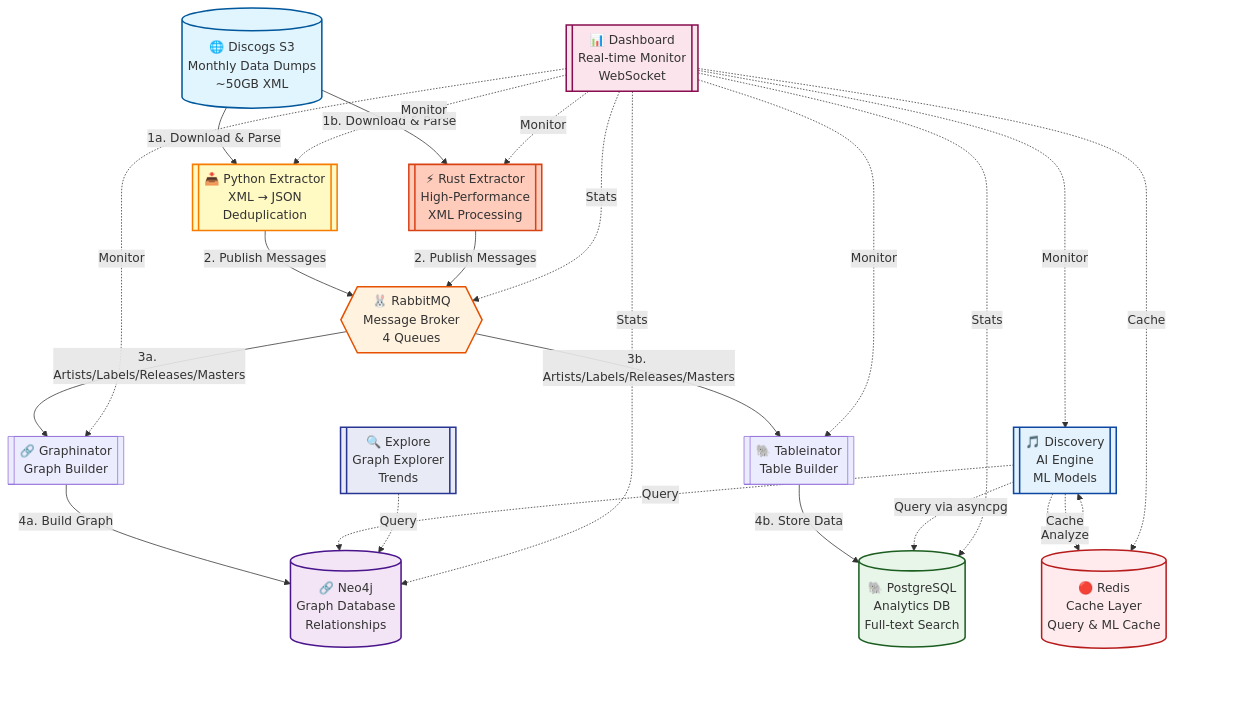
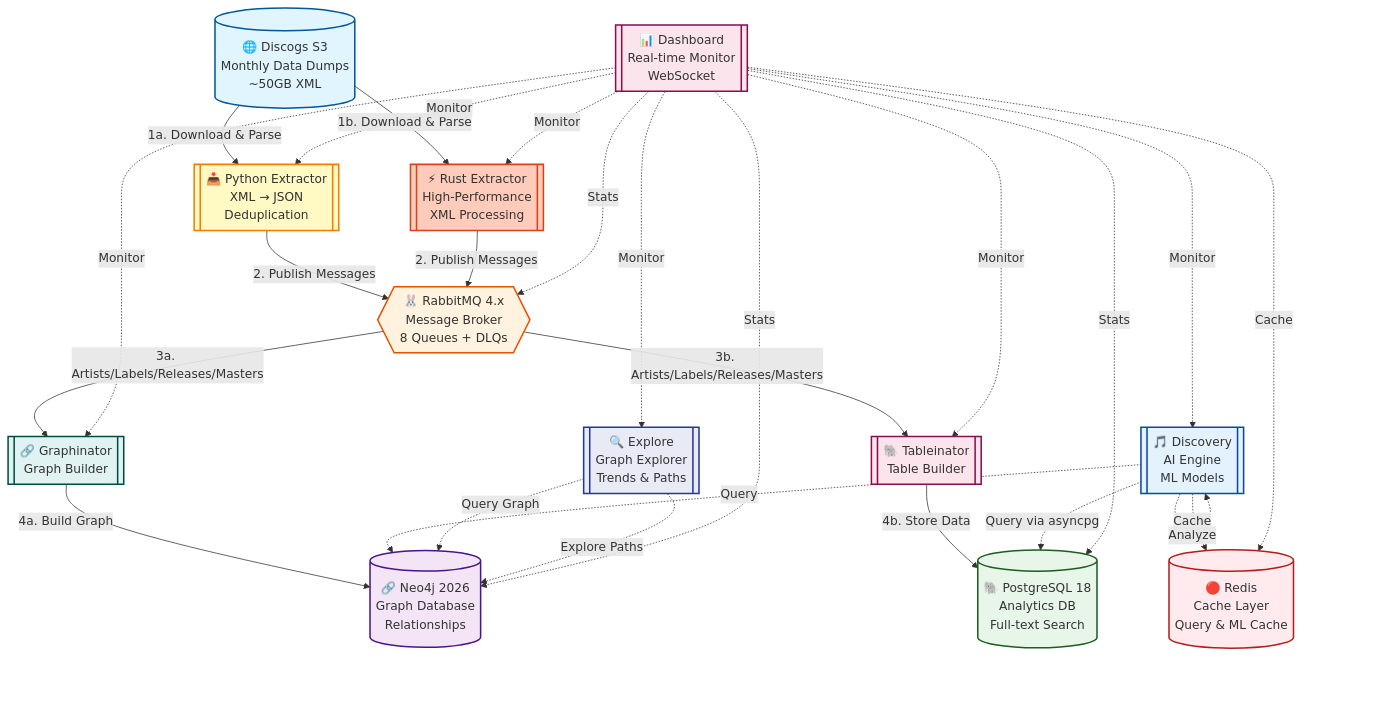
One commit to SimplicityGuy/discogsography changed the diagram in README.md. Above: the diagram before and after it, drawn with Mermaid. The commit also changed 5 other files, not shown here.

````diff
--- a/README.md
+++ b/README.md
@@ -55,52 +55,61 @@
 ```mermaid
 graph TD
     S3[("🌐 Discogs S3<br/>Monthly Data Dumps<br/>~50GB XML")]
     PYEXT[["📥 Python Extractor<br/>XML → JSON<br/>Deduplication"]]
     RSEXT[["⚡ Rust Extractor<br/>High-Performance<br/>XML Processing"]]
-    RMQ{{"🐰 RabbitMQ<br/>Message Broker<br/>4 Queues"}}
-    NEO4J[("🔗 Neo4j<br/>Graph Database<br/>Relationships")]
-    PG[("🐘 PostgreSQL<br/>Analytics DB<br/>Full-text Search")]
+    RMQ{{"🐰 RabbitMQ 4.x<br/>Message Broker<br/>8 Queues + DLQs"}}
+    NEO4J[("🔗 Neo4j 2026<br/>Graph Database<br/>Relationships")]
+    PG[("🐘 PostgreSQL 18<br/>Analytics DB<br/>Full-text Search")]
     REDIS[("🔴 Redis<br/>Cache Layer<br/>Query & ML Cache")]
     GRAPH[["🔗 Graphinator<br/>Graph Builder"]]
     TABLE[["🐘 Tableinator<br/>Table Builder"]]
     DASH[["📊 Dashboard<br/>Real-time Monitor<br/>WebSocket"]]
     DISCO[["🎵 Discovery<br/>AI Engine<br/>ML Models"]]
-    EXPLORE[["🔍 Explore<br/>Graph Explorer<br/>Trends"]]
+    EXPLORE[["🔍 Explore<br/>Graph Explorer<br/>Trends & Paths"]]
 
     S3 -->|1a. Download & Parse| PYEXT
     S3 -->|1b. Download & Parse| RSEXT
     PYEXT -->|2. Publish Messages| RMQ
     RSEXT -->|2. Publish Messages| RMQ
     RMQ -->|3a. Artists/Labels/Releases/Masters| GRAPH
     RMQ -->|3b. Artists/Labels/Releases/Masters| TABLE
     GRAPH -->|4a. Build Graph| NEO4J
     TABLE -->|4b. Store Data| PG
 
     DISCO -.->|Query| NEO4J
     DISCO -.->|Query via asyncpg| PG
     DISCO -.->|Cache| REDIS
     DISCO -.->|Analyze| DISCO
 
-    EXPLORE -.->|Query| NEO4J
+    EXPLORE -.->|Query Graph| NEO4J
+    EXPLORE -.->|Explore Paths| NEO4J
 
     DASH -.->|Monitor| PYEXT
     DASH -.->|Monitor| RSEXT
     DASH -.->|Monitor| GRAPH
     DASH -.->|Monitor| TABLE
     DASH -.->|Monitor| DISCO
+    DASH -.->|Monitor| EXPLORE
     DASH -.->|Cache| REDIS
     DASH -.->|Stats| RMQ
     DASH -.->|Stats| NEO4J
     DASH -.->|Stats| PG
 
     style S3 fill:#e1f5fe,stroke:#01579b,stroke-width:2px
     style PYEXT fill:#fff9c4,stroke:#f57c00,stroke-width:2px
     style RSEXT fill:#ffccbc,stroke:#d84315,stroke-width:2px
     style RMQ fill:#fff3e0,stroke:#e65100,stroke-width:2px
     style NEO4J fill:#f3e5f5,stroke:#4a148c,stroke-width:2px
     style PG fill:#e8f5e9,stroke:#1b5e20,stroke-width:2px
     style REDIS fill:#ffebee,stroke:#b71c1c,stroke-width:2px
+    style GRAPH fill:#e0f2f1,stroke:#004d40,stroke-width:2px
+    style TABLE fill:#fce4ec,stroke:#880e4f,stroke-width:2px
+    style DASH fill:#fce4ec,stroke:#880e4f,stroke-width:2px
+    style DISCO fill:#e3f2fd,stroke:#0d47a1,stroke-width:2px
+    style EXPLORE fill:#f1f8e9,stroke:#33691e,stroke-width:2px
+    style PG fill:#e8f5e9,stroke:#1b5e20,stroke-width:2px
+    style REDIS fill:#ffebee,stroke:#b71c1c,stroke-width:2px
     style DASH fill:#fce4ec,stroke:#880e4f,stroke-width:2px
     style DISCO fill:#e3f2fd,stroke:#0d47a1,stroke-width:2px
     style EXPLORE fill:#e8eaf6,stroke:#283593,stroke-width:2px
 ```
````
